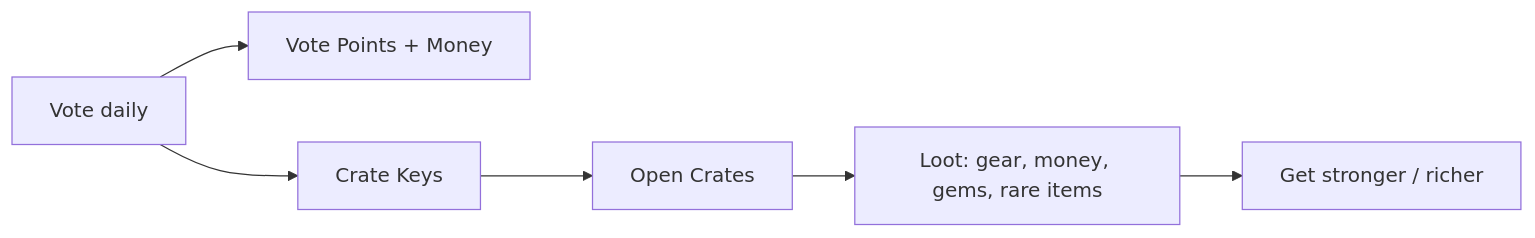
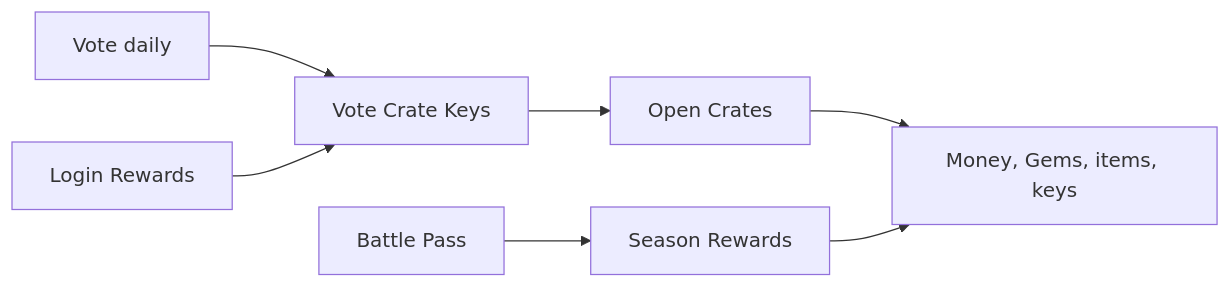
One commit to AntiS0ul/townify-docs changed the diagram in docs/rewards/index.md. Above: the diagram before and after it, drawn with Mermaid. The commit also changed other lines of this file and 22 other files, not shown here.

````diff
--- a/docs/rewards/index.md
+++ b/docs/rewards/index.md
@@ -23,8 +23,9 @@
 ```mermaid
 graph LR
-    V[Vote daily] --> P[Vote Points + Money]
-    V --> K[Crate Keys]
+    V[Vote daily] --> K[Vote Crate Keys]
     K --> C[Open Crates]
-    C --> L[Loot: gear, money, gems, rare items]
-    L --> G[Get stronger / richer]
+    L[Login Rewards] --> K
+    B[Battle Pass] --> R[Season Rewards]
+    C --> G[Money, Gems, items, keys]
+    R --> G
 ```
````
